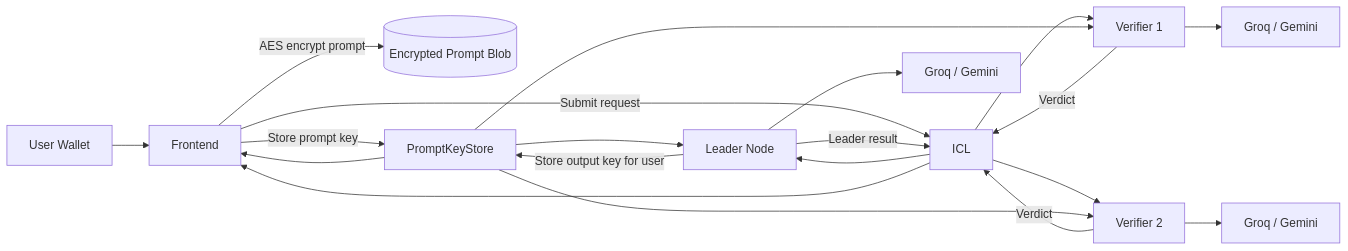
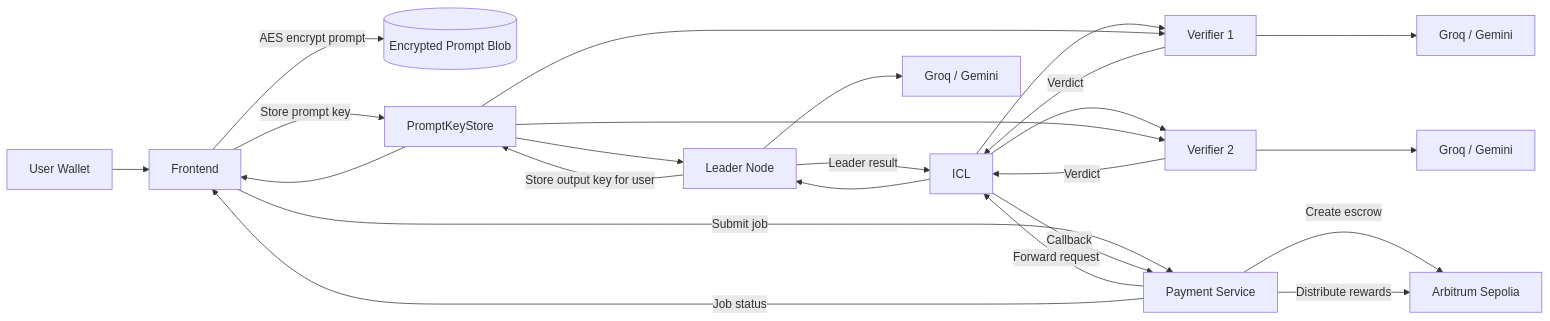
Before and after one commit to AbhishekPanwarr/Blindference: the diagram in README.md, drawn with Mermaid. The commit also changed other lines of this file and 27 other files, not shown here.

First line of the commit message:
docs: Phase 5 documentation update - Payment Service gateway, job lifecycle, node earnings

````diff
--- a/README.md
+++ b/README.md
@@ -24,27 +24,32 @@
 ```mermaid
 flowchart LR
     U[User Wallet] --> FE[Frontend]
     FE -->|AES encrypt prompt| ENC[(Encrypted Prompt Blob)]
     FE -->|Store prompt key| PKS[PromptKeyStore]
-    FE -->|Submit request| ICL[ICL]
+    FE -->|Submit job| PS[Payment Service]
+
+    PS -->|Forward request| ICL[ICL]
+    PS -->|Create escrow| CHAIN[Arbitrum Sepolia]
 
     ICL --> L[Leader Node]
     ICL --> V1[Verifier 1]
     ICL --> V2[Verifier 2]
 
     PKS --> L
     PKS --> V1
     PKS --> V2
 
     L --> LLM1[Groq / Gemini]
     V1 --> LLM2[Groq / Gemini]
     V2 --> LLM3[Groq / Gemini]
 
     L -->|Store output key for user| PKS
     L -->|Leader result| ICL
     V1 -->|Verdict| ICL
     V2 -->|Verdict| ICL
 
-    ICL --> FE
+    ICL -->|Callback| PS
+    PS -->|Distribute rewards| CHAIN
+    PS -->|Job status| FE
     PKS --> FE
 ```
````
